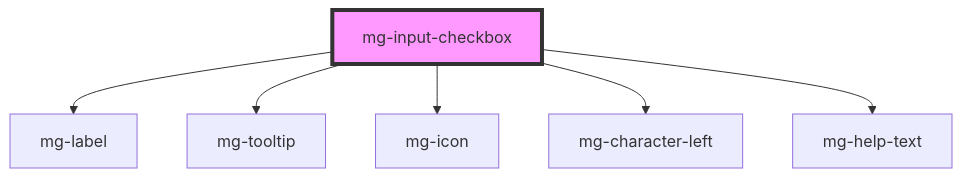
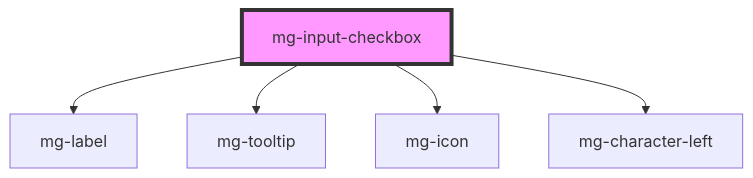
The diagram in src/components/molecules/inputs/mg-input-checkbox/readme.md (MGDIS/mg-components), drawn with Mermaid before and after one commit. The commit also changed other lines of this file and 26 other files, not shown here.

First line of the commit message:
style(mg-input): improve Accessibility / Remove mg-help-text / Define style

````diff
--- a/src/components/molecules/inputs/mg-input-checkbox/readme.md
+++ b/src/components/molecules/inputs/mg-input-checkbox/readme.md
@@ -44,9 +43,8 @@
 ```mermaid
 graph TD;
   mg-input-checkbox --> mg-label
   mg-input-checkbox --> mg-tooltip
   mg-input-checkbox --> mg-icon
   mg-input-checkbox --> mg-character-left
-  mg-input-checkbox --> mg-help-text
   style mg-input-checkbox fill:#f9f,stroke:#333,stroke-width:4px
 ```
````
